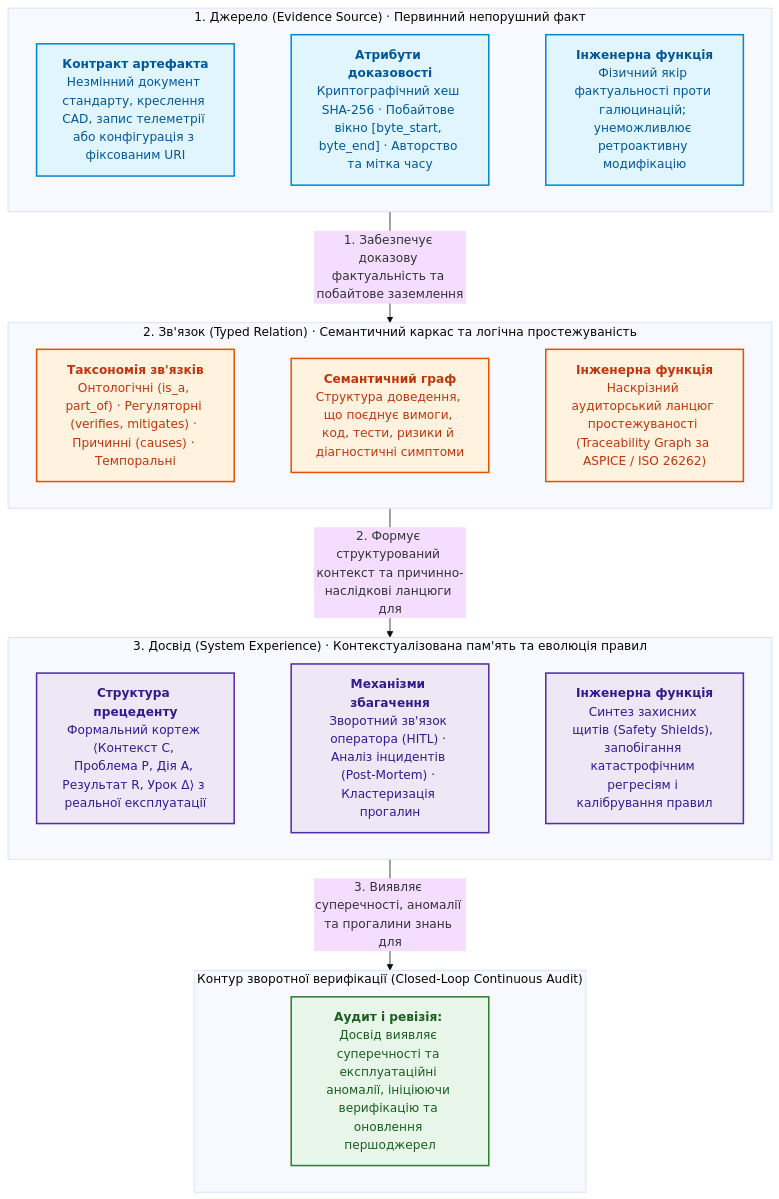
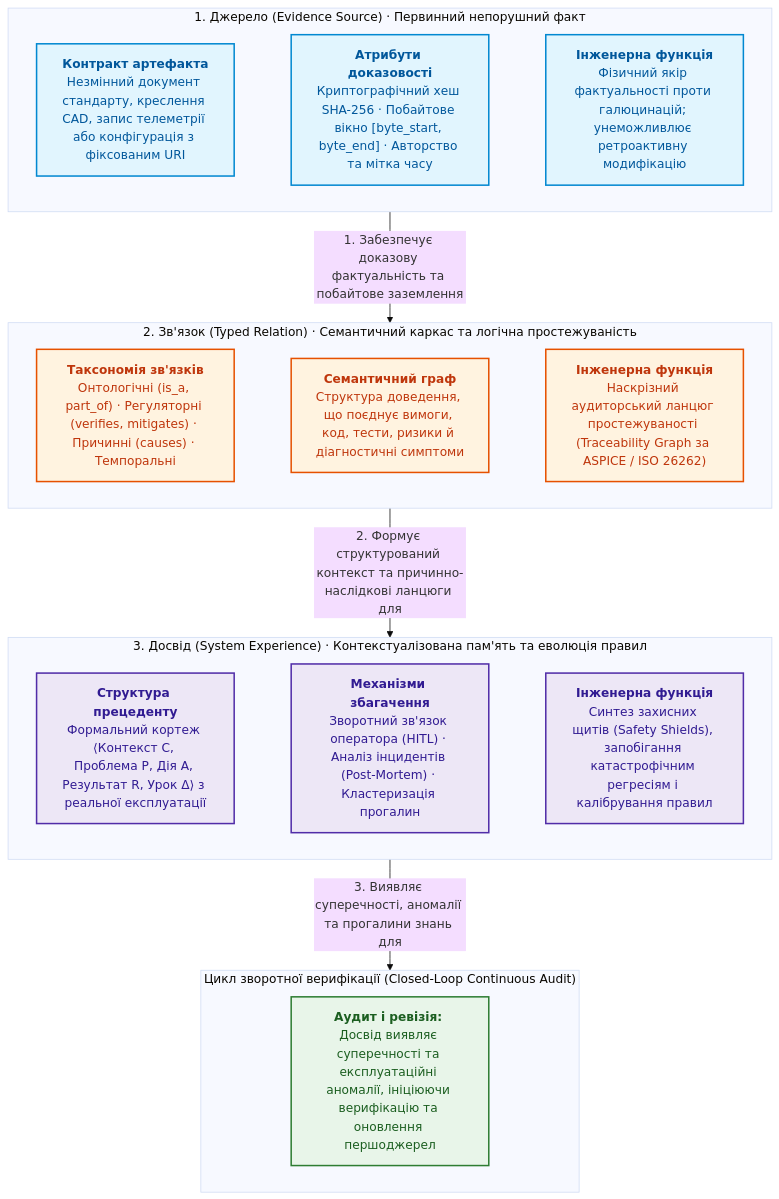
Before and after one commit to nick-fedchik/articles: the sixth of 11 diagrams in ExpertSystem/ch04-evolution-from-bayes-to-evidence-ai.md, drawn with Mermaid (base theme). The commit also changed other lines of this file and 27 other files, not shown here.

````diff
--- a/ExpertSystem/ch04-evolution-from-bayes-to-evidence-ai.md
+++ b/ExpertSystem/ch04-evolution-from-bayes-to-evidence-ai.md
@@ -687,48 +687,48 @@
 ```mermaid
 flowchart TD
     accTitle: Тріада знань доказової експертної системи
-    accDescr: Джерело забезпечує фактологічну основу, зв'язок формує граф міркування, а досвід калібрує правила й запобігає регресіям через замкнений контур аудиту.
+    accDescr: Джерело забезпечує фактологічну основу, зв'язок формує граф міркування, а досвід калібрує правила й запобігає регресіям через замкнений цикл аудиту.
 
     subgraph S_BOX["1. Джерело (Evidence Source) · Первинний непорушний факт"]
         direction LR
         S1["<b>Контракт артефакта</b><br/>Незмінний документ стандарту, креслення CAD, запис телеметрії або конфігурація з фіксованим URI"]
         S2["<b>Атрибути доказовості</b><br/>Криптографічний хеш SHA-256 · Побайтове вікно [byte_start, byte_end] · Авторство та мітка часу"]
         S3["<b>Інженерна функція</b><br/>Фізичний якір фактуальності проти галюцинацій; унеможливлює ретроактивну модифікацію"]
         S1 ~~~ S2 ~~~ S3
     end
 
     subgraph R_BOX["2. Зв'язок (Typed Relation) · Семантичний каркас та логічна простежуваність"]
         direction LR
         R1["<b>Таксономія зв'язків</b><br/>Онтологічні (is_a, part_of) · Регуляторні (verifies, mitigates) · Причинні (causes) · Темпоральні"]
         R2["<b>Семантичний граф</b><br/>Структура доведення, що поєднує вимоги, код, тести, ризики й діагностичні симптоми"]
         R3["<b>Інженерна функція</b><br/>Наскрізний аудиторський ланцюг простежуваності (Traceability Graph за ASPICE / ISO 26262)"]
         R1 ~~~ R2 ~~~ R3
     end
 
     subgraph E_BOX["3. Досвід (System Experience) · Контекстуалізована пам'ять та еволюція правил"]
         direction LR
         E1["<b>Структура прецеденту</b><br/>Формальний кортеж ⟨Контекст C, Проблема P, Дія A, Результат R, Урок Δ⟩ з реальної експлуатації"]
         E2["<b>Механізми збагачення</b><br/>Зворотний зв'язок оператора (HITL) · Аналіз інцидентів (Post-Mortem) · Кластеризація прогалин"]
         E3["<b>Інженерна функція</b><br/>Синтез захисних щитів (Safety Shields), запобігання катастрофічним регресіям і калібрування правил"]
         E1 ~~~ E2 ~~~ E3
     end
 
-    subgraph AUDIT_BOX["Контур зворотної верифікації (Closed-Loop Continuous Audit)"]
+    subgraph AUDIT_BOX["Цикл зворотної верифікації (Closed-Loop Continuous Audit)"]
         direction LR
         A1["<b>Аудит і ревізія:</b> Досвід виявляє суперечності та експлуатаційні аномалії, ініціюючи верифікацію та оновлення першоджерел"]
     end
 
     S_BOX -->|1. Забезпечує доказову фактуальність та побайтове заземлення| R_BOX
     R_BOX -->|2. Формує структурований контекст та причинно-наслідкові ланцюги для| E_BOX
     E_BOX -->|3. Виявляє суперечності, аномалії та прогалини знань для| AUDIT_BOX
 
     classDef src fill:#e1f5fe,stroke:#0288d1,stroke-width:2px,color:#01579b;
     classDef rel fill:#fff3e0,stroke:#e65100,stroke-width:2px,color:#bf360c;
     classDef exp fill:#ede7f6,stroke:#512da8,stroke-width:2px,color:#311b92;
     classDef aud fill:#e8f5e9,stroke:#2e7d32,stroke-width:2px,color:#1b5e20;
 
     class S1,S2,S3 src;
     class R1,R2,R3 rel;
     class E1,E2,E3 exp;
     class A1 aud;
 ```
````
